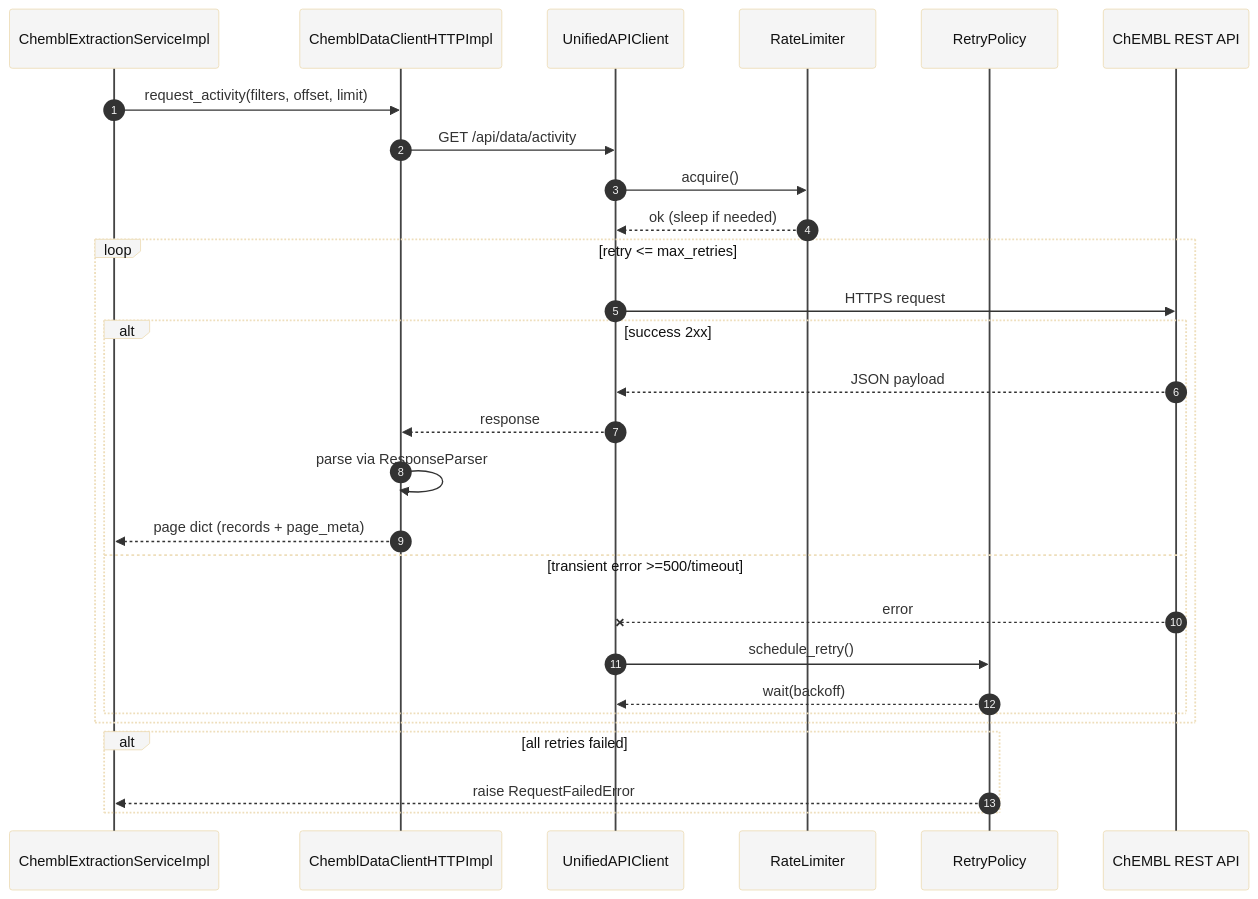
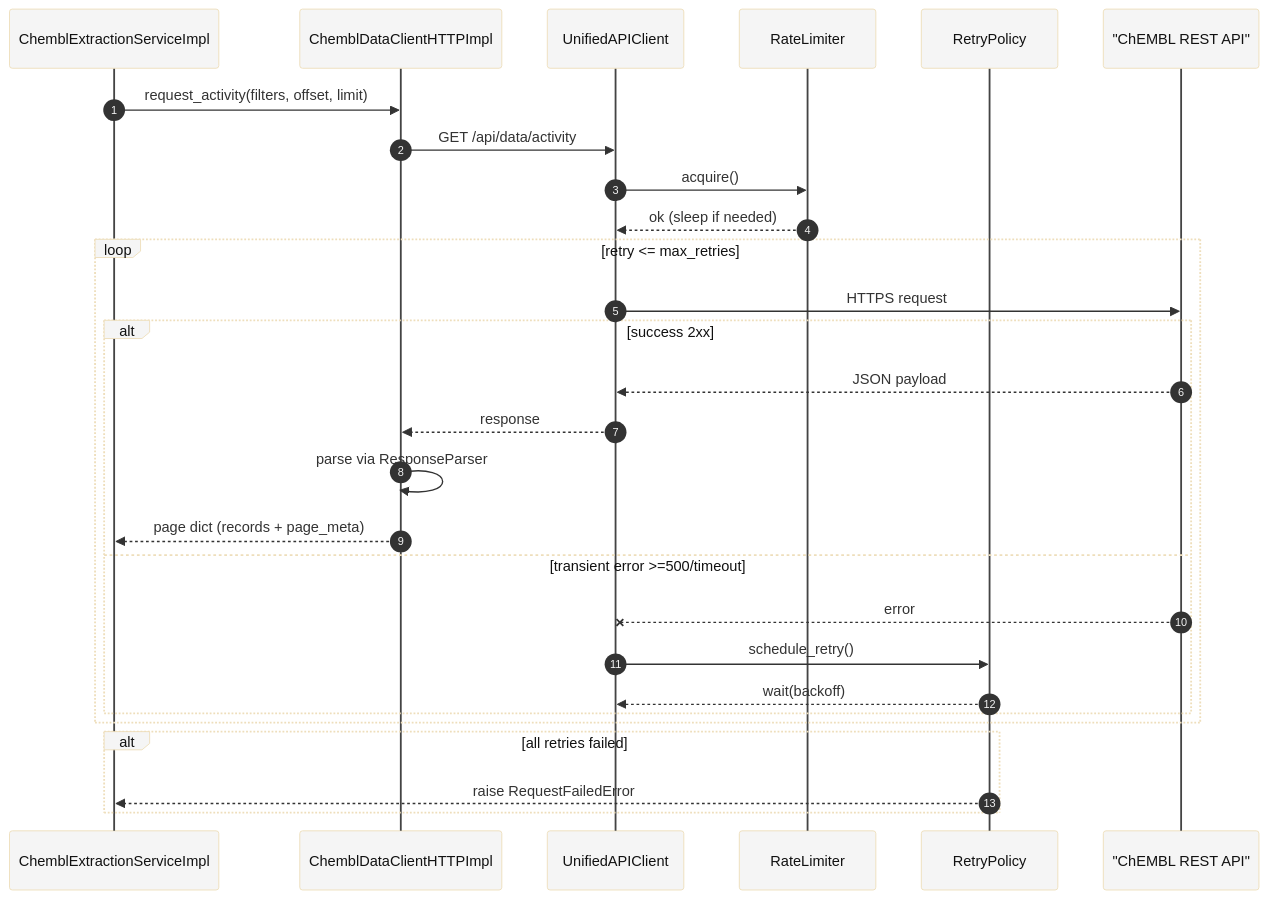
The diagram in docs/architecture/diagrams/sequence/chembl-api-request-sequence.mmd (SatoryKono/BioactivityDataAcquisition), drawn with Mermaid before and after one commit. The commit also changed 2 other files, not shown here.

```diff
--- a/docs/architecture/diagrams/sequence/chembl-api-request-sequence.mmd
+++ b/docs/architecture/diagrams/sequence/chembl-api-request-sequence.mmd
@@ -1,30 +1,40 @@
-%%{init: { "theme": "base", "themeVariables": { "actorLineColor": "#444", "actorTextColor": "#111", "actorBkg": "#f5f5f5", "actorFontSize": "18px", "activationBkgColor": "#e3e7ec", "activationBorderColor": "#444" } }}%%
+%%{init: {
+  "theme": "base",
+  "themeVariables": {
+    "actorLineColor": "#444",
+    "actorTextColor": "#111",
+    "actorBkg": "#f5f5f5",
+    "actorFontSize": "18px",
+    "activationBkgColor": "#e3e7ec",
+    "activationBorderColor": "#444"
+  }
+}}%%
 sequenceDiagram
     autonumber
     participant Extraction as ChemblExtractionServiceImpl
     participant Client as ChemblDataClientHTTPImpl
     participant HTTP as UnifiedAPIClient
     participant Rate as RateLimiter
     participant Retry as RetryPolicy
-    participant API as ChEMBL REST API
+    participant API as "ChEMBL REST API"
 
     Extraction->>Client: request_activity(filters, offset, limit)
     Client->>HTTP: GET /api/data/activity
     HTTP->>Rate: acquire()
     Rate-->>HTTP: ok (sleep if needed)
     loop retry <= max_retries
         HTTP->>API: HTTPS request
         alt success 2xx
             API-->>HTTP: JSON payload
             HTTP-->>Client: response
             Client->>Client: parse via ResponseParser
             Client-->>Extraction: page dict (records + page_meta)
         else transient error >=500/timeout
-            API--xHTTP: error
+            API--x HTTP: error
             HTTP->>Retry: schedule_retry()
             Retry-->>HTTP: wait(backoff)
         end
     end
     alt all retries failed
         Retry-->>Extraction: raise RequestFailedError
     end
```
